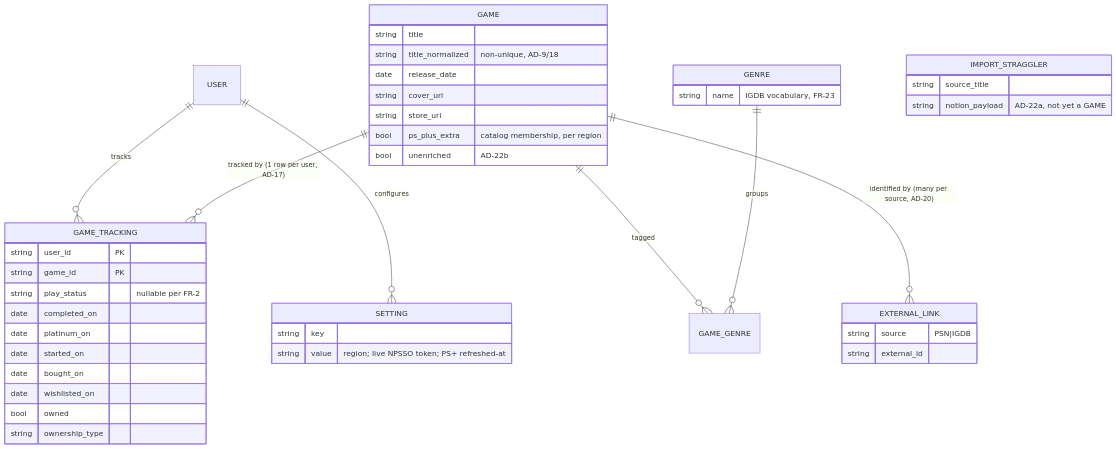
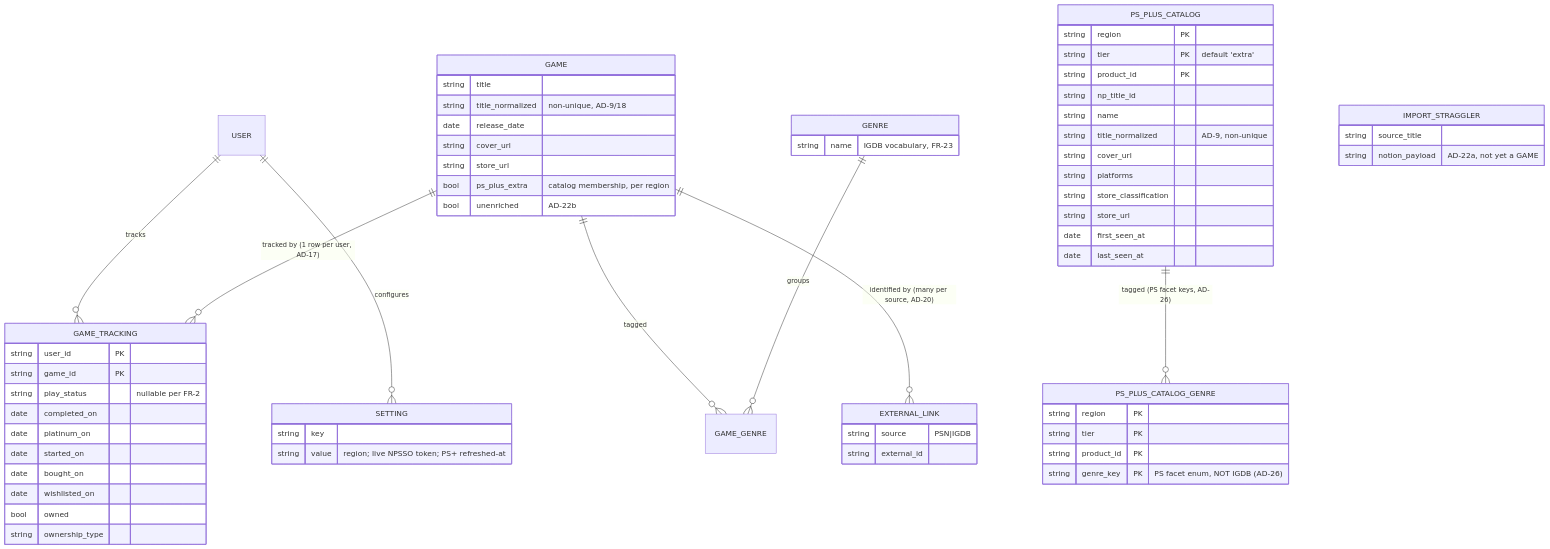
Before and after one commit to l-filice89/press-start: the third of 4 diagrams in _bmad-output/planning-artifacts/architecture/architecture-ps-game-catalog-2026-07-05/ARCHITECTURE-SPINE.md, drawn with Mermaid. The commit also changed other lines of this file and 6 other files, not shown here.

````diff
--- a/_bmad-output/planning-artifacts/architecture/architecture-ps-game-catalog-2026-07-05/ARCHITECTURE-SPINE.md
+++ b/_bmad-output/planning-artifacts/architecture/architecture-ps-game-catalog-2026-07-05/ARCHITECTURE-SPINE.md
@@ -252,16 +293,19 @@
 ```mermaid
 erDiagram
   USER ||--o{ GAME_TRACKING : tracks
   GAME ||--o{ GAME_TRACKING : "tracked by (1 row per user, AD-17)"
   GAME ||--o{ GAME_GENRE : tagged
   GENRE ||--o{ GAME_GENRE : groups
   GAME ||--o{ EXTERNAL_LINK : "identified by (many per source, AD-20)"
   USER ||--o{ SETTING : configures
+  PS_PLUS_CATALOG ||--o{ PS_PLUS_CATALOG_GENRE : "tagged (PS facet keys, AD-26)"
 
   GAME { string title string title_normalized "non-unique, AD-9/18" date release_date string cover_url string store_url bool ps_plus_extra "catalog membership, per region" bool unenriched "AD-22b" }
   GAME_TRACKING { string user_id PK string game_id PK string play_status "nullable per FR-2" date completed_on date platinum_on date started_on date bought_on date wishlisted_on bool owned string ownership_type }
   GENRE { string name "IGDB vocabulary, FR-23" }
   EXTERNAL_LINK { string source "PSN|IGDB" string external_id }
   IMPORT_STRAGGLER { string source_title string notion_payload "AD-22a, not yet a GAME" }
   SETTING { string key string value "region; live NPSSO token; PS+ refreshed-at" }
+  PS_PLUS_CATALOG { string region PK string tier PK "default 'extra'" string product_id PK string np_title_id string name string title_normalized "AD-9, non-unique" string cover_url string platforms string store_classification string store_url date first_seen_at date last_seen_at }
+  PS_PLUS_CATALOG_GENRE { string region PK string tier PK string product_id PK string genre_key PK "PS facet enum, NOT IGDB (AD-26)" }
 ```
````
